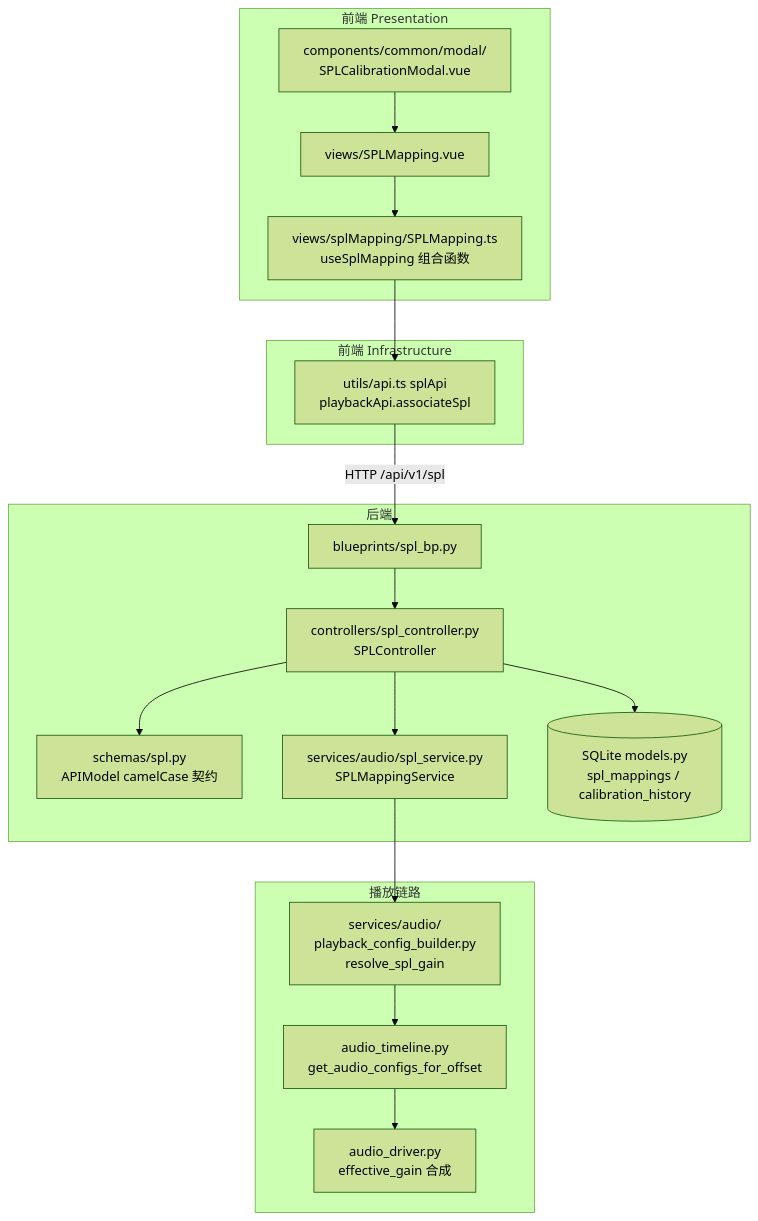
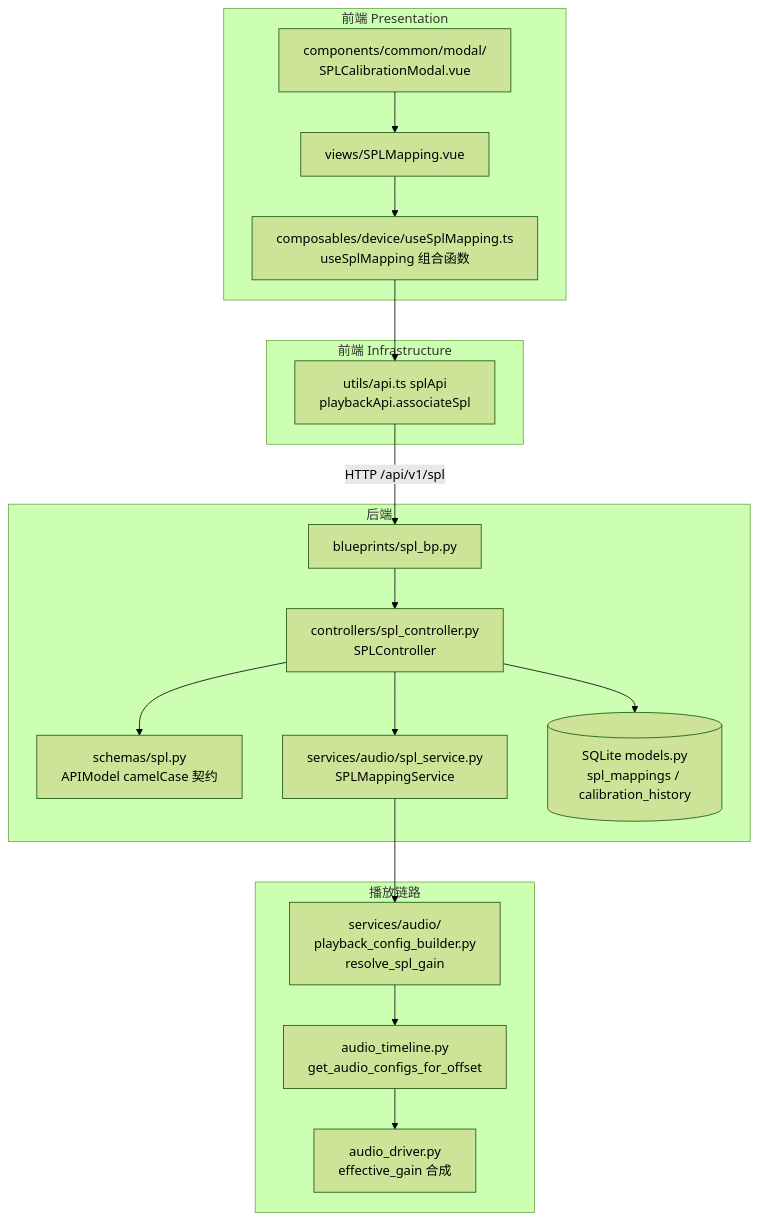
One commit to ydz-auto/intelligent_audio_test changed the diagram in Intelligent-Audio-TEST/doc/功能设计文档/09_声压级映射/声压级映射功能设计文档.md. Above: the diagram before and after it, drawn with Mermaid (forest theme). The commit also changed other lines of this file and 8 other files, not shown here.

````diff
--- a/Intelligent-Audio-TEST/doc/功能设计文档/09_声压级映射/声压级映射功能设计文档.md
+++ b/Intelligent-Audio-TEST/doc/功能设计文档/09_声压级映射/声压级映射功能设计文档.md
@@ -34,25 +34,25 @@
 ```mermaid
 flowchart TD
     subgraph 前端 Presentation
-        A[views/SPLMapping.vue] --> B[views/splMapping/SPLMapping.ts<br/>useSplMapping 组合函数]
+        A[views/SPLMapping.vue] --> B[composables/device/useSplMapping.ts<br/>useSplMapping 组合函数]
         C[components/common/modal/<br/>SPLCalibrationModal.vue] --> A
     end
 
     subgraph 前端 Infrastructure
         B --> D[utils/api.ts splApi<br/>playbackApi.associateSpl]
     end
 
     subgraph 后端
         D -->|HTTP /api/v1/spl| E[blueprints/spl_bp.py]
         E --> F[controllers/spl_controller.py<br/>SPLController]
         F --> G[schemas/spl.py<br/>APIModel camelCase 契约]
         F --> H[services/audio/spl_service.py<br/>SPLMappingService]
         F --> I[(SQLite models.py<br/>spl_mappings / calibration_history)]
     end
 
     subgraph 播放链路
         H --> J[services/audio/<br/>playback_config_builder.py<br/>resolve_spl_gain]
         J --> K[audio_timeline.py<br/>get_audio_configs_for_offset]
         K --> L[audio_driver.py<br/>effective_gain 合成]
     end
 ```
````
